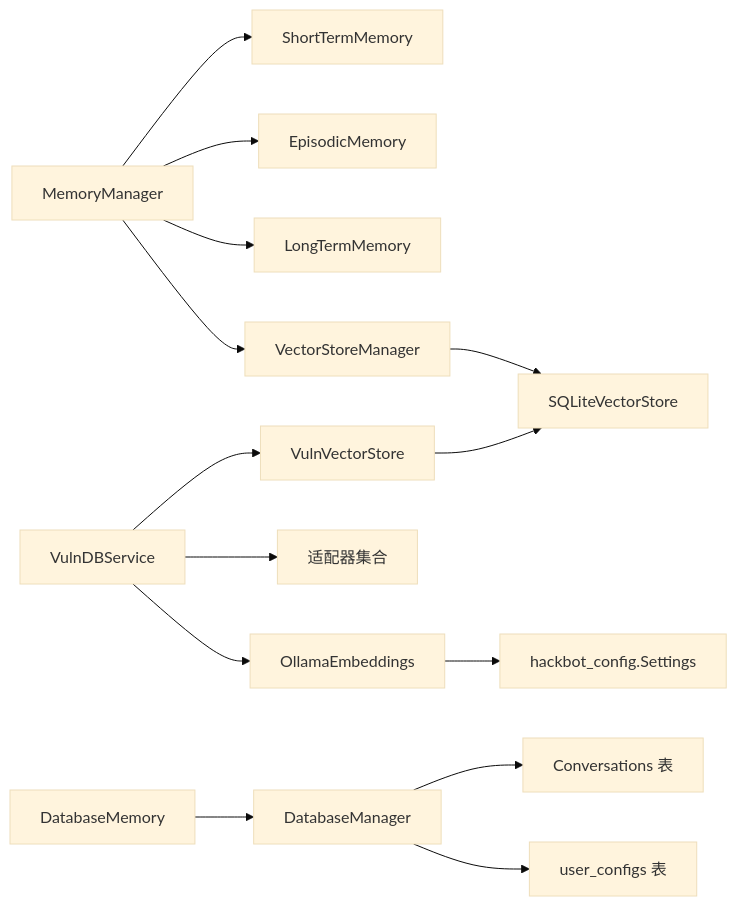
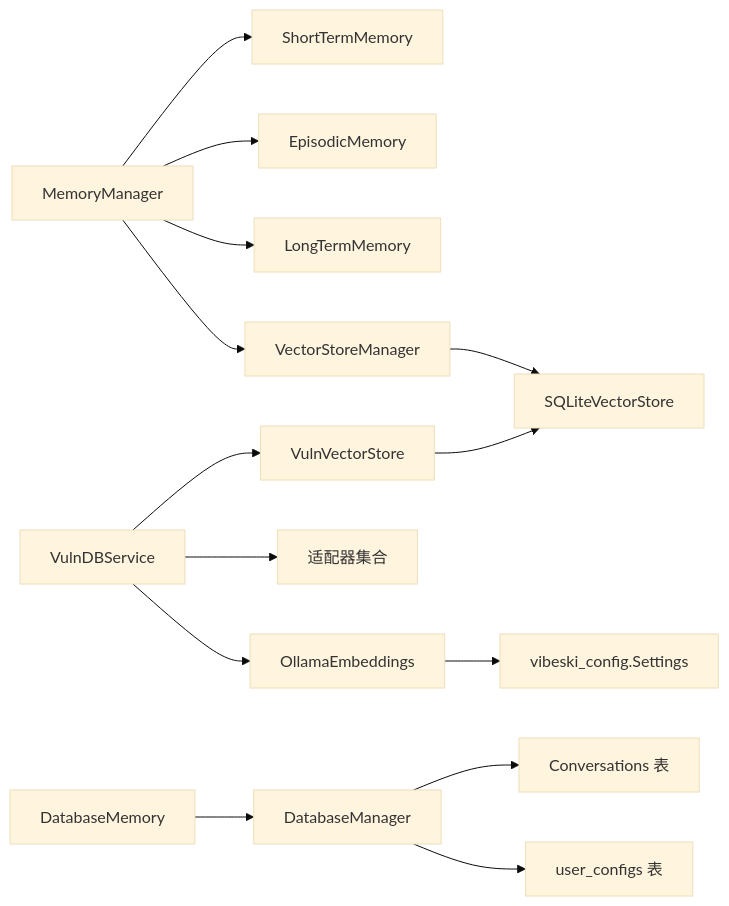
The seventh of 7 diagrams in .qoder/repowiki/zh/content/内存与知识管理/内存与知识管理.md (crabin/VIBESKI), drawn with Mermaid (base theme) before and after one commit. The commit also changed other lines of this file and 170 other files, not shown here.

Commit message:
chore: rename all secbot/hackbot identifiers to vibeski

````diff
--- a/.qoder/repowiki/zh/content/内存与知识管理/内存与知识管理.md
+++ b/.qoder/repowiki/zh/content/内存与知识管理/内存与知识管理.md
@@ -379,16 +379,16 @@
 ```mermaid
 graph LR
 MM["MemoryManager"] --> STM["ShortTermMemory"]
 MM --> EM["EpisodicMemory"]
 MM --> LTM["LongTermMemory"]
 MM --> VSM["VectorStoreManager"]
 VSM --> VS["SQLiteVectorStore"]
 VDS["VulnDBService"] --> VVS["VulnVectorStore"]
 VDS --> ADP["适配器集合"]
 VVS --> VS
 VDS --> EMB["OllamaEmbeddings"]
-EMB --> CFG["hackbot_config.Settings"]
+EMB --> CFG["vibeski_config.Settings"]
 DBM["DatabaseManager"] --> DBC["Conversations 表"]
 DBM --> DBCfg["user_configs 表"]
 DBMem["DatabaseMemory"] --> DBM
 ```
````
